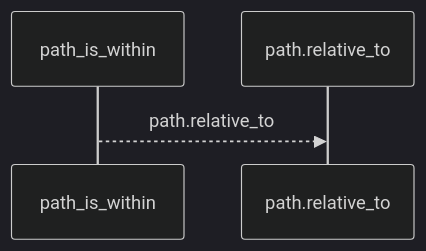
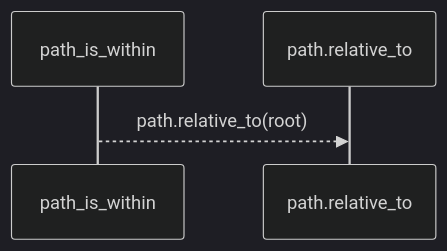
One commit to Denissvgn/python-wiki-llm changed the first of 2 diagrams in docs/llm_wiki/flows/api-path_is_within.md. Above: the diagram before and after it, drawn with Mermaid (dark theme). The commit also changed other lines of this file and 1410 other files, not shown here.

````diff
--- a/docs/llm_wiki/flows/api-path_is_within.md
+++ b/docs/llm_wiki/flows/api-path_is_within.md
@@ -10,6 +12,6 @@
 ```mermaid
 sequenceDiagram
     participant p0 as path_is_within
     participant p1 as path.relative_to
-    p0-->>p1: path.relative_to
+    p0-->>p1: path.relative_to(root)
 ```
````
